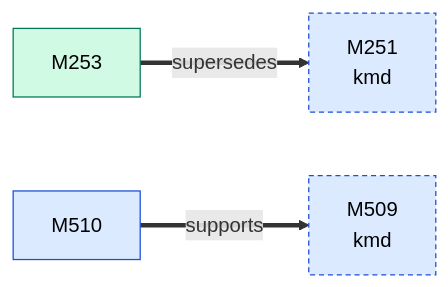
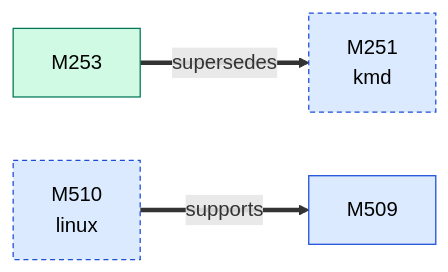
Before and after one commit to D-Ogi/amdgpu-wddm: the first of 2 diagrams in docs/facts/graphs/icd.md, drawn with Mermaid. The commit also changed other lines of this file and 27 other files, not shown here.

````diff
--- a/docs/facts/graphs/icd.md
+++ b/docs/facts/graphs/icd.md
@@ -11,15 +11,15 @@
 ```mermaid
 flowchart LR
   M251["M251<br/>kmd"]:::MEASURED
   M253["M253"]:::CONFIRMED
-  M509["M509<br/>kmd"]:::MEASURED
-  M510["M510"]:::MEASURED
+  M509["M509"]:::MEASURED
+  M510["M510<br/>linux"]:::MEASURED
   M253 ==>|supersedes| M251
   M510 ==>|supports| M509
   classDef HYPOTHESIS fill:#fff3c4,stroke:#9a7b00,color:#000
   classDef MEASURED fill:#dbeafe,stroke:#1d4ed8,color:#000
   classDef CONFIRMED fill:#d1fae5,stroke:#047857,color:#000
   classDef REFUTED fill:#fee2e2,stroke:#b91c1c,color:#000
   classDef other stroke-dasharray:4 3
-  class M251,M509 other
+  class M251,M510 other
 ```
````
